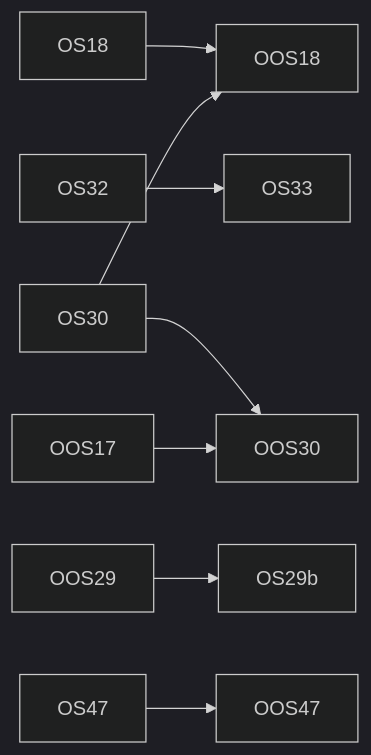
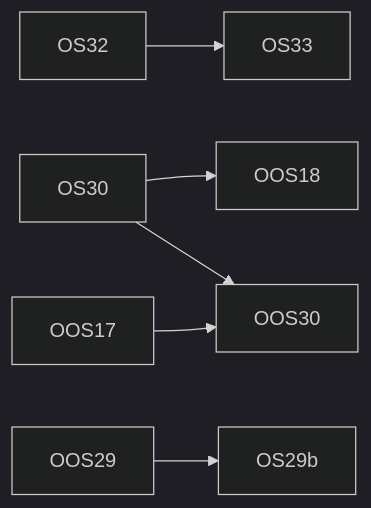
Before and after one commit to diy-accounting-uk/submit.diyaccounting.co.uk: the diagram in PLAN_ORGANIC_SEARCH.md, drawn with Mermaid (dark theme). The commit also changed other lines of this file and 1 other file, not shown here.

````diff
--- a/PLAN_ORGANIC_SEARCH.md
+++ b/PLAN_ORGANIC_SEARCH.md
@@ -891,10 +887,8 @@
 ```mermaid
 flowchart LR
-  OS18 --> OOS18
   OS32 --> OS33
   OS30 --> OOS18
   OOS29 --> OS29b
-  OS47 --> OOS47
   OS30 --> OOS30
   OOS17 --> OOS30
 ```
````
